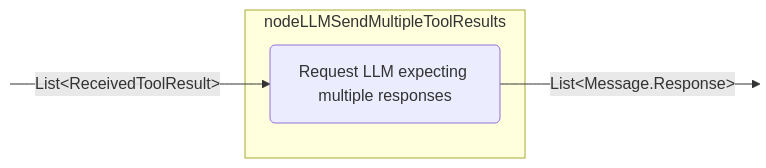
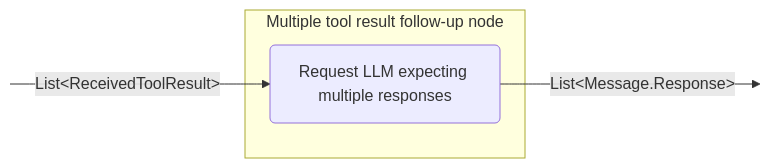
Before and after one commit to JetBrains/koog: diagram 14 of 15 in docs/docs/nodes-and-components.md, drawn with Mermaid. The commit also changed other lines of this file and 1 other file, not shown here.

````diff
--- a/docs/docs/nodes-and-components.md
+++ b/docs/docs/nodes-and-components.md
@@ -795,13 +795,13 @@
 ```mermaid
 graph LR
     in:::hidden
     out:::hidden
     
-    subgraph node ["nodeLLMSendMultipleToolResults"]
+    subgraph node ["Multiple tool result follow-up node"]
         execute(Request LLM expecting multiple responses)
     end
     
     in -- "List&lt;ReceivedToolResult&gt;" --> execute -- "List&lt;Message.Response&gt;" --> out
 
     classDef hidden display: none;
 ```
````
